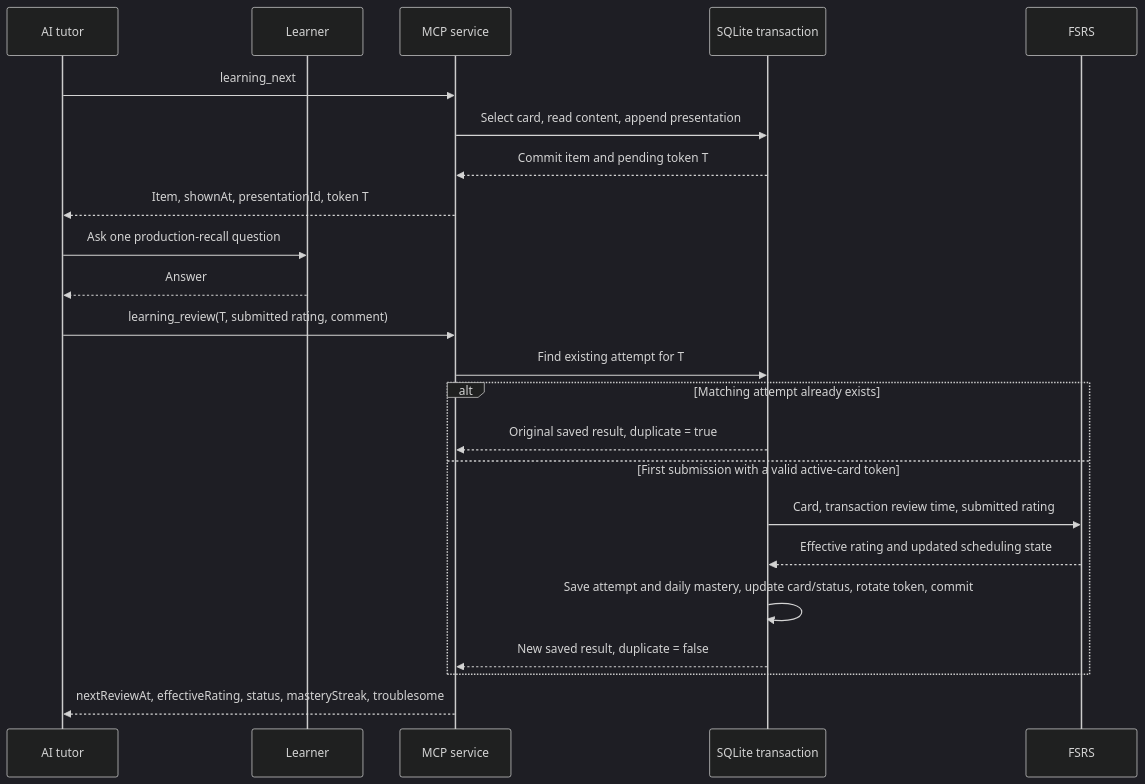
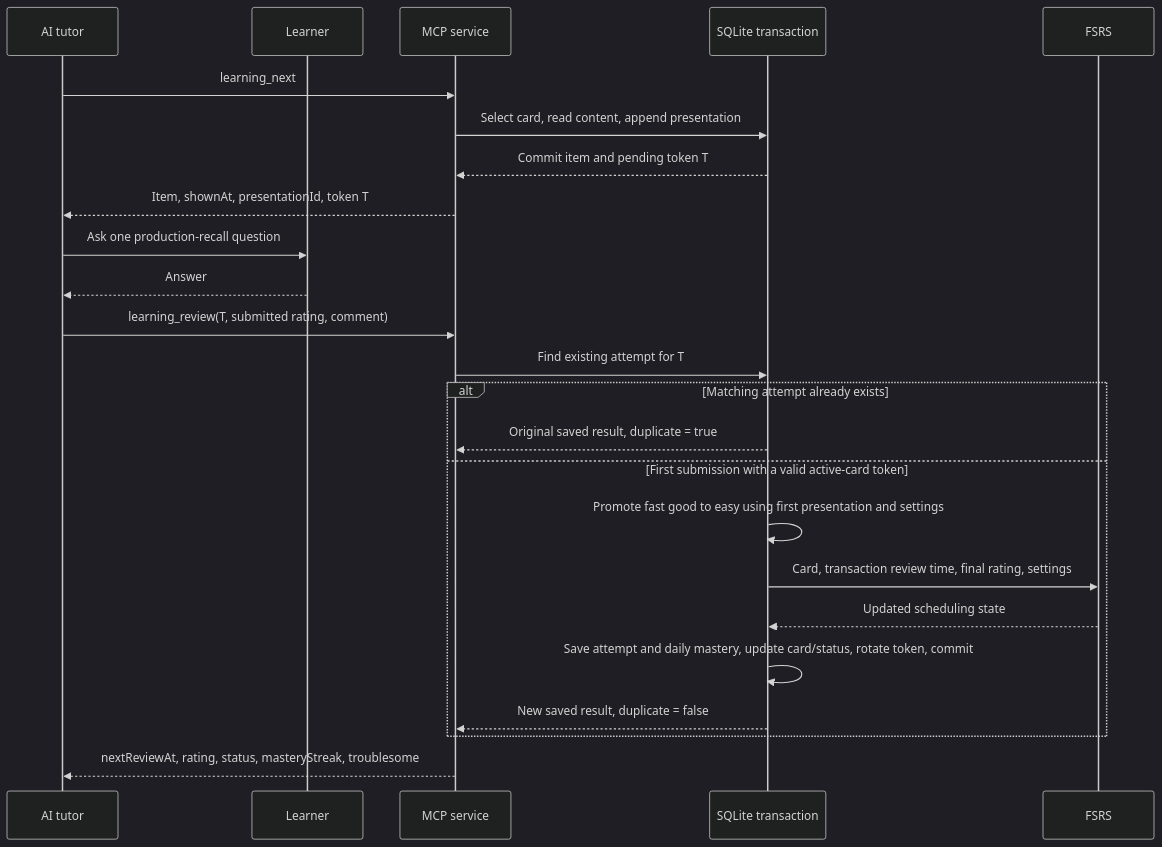
One commit to cjvnjde/chatgpt-english-mcp changed the fourth of 6 diagrams in docs/how-it-works.md. Above: the diagram before and after it, drawn with Mermaid (dark theme). The commit also changed other lines of this file and 45 other files, not shown here.

Commit message:
Add runtime algorithm settings and consolidate review ratings

````diff
--- a/docs/how-it-works.md
+++ b/docs/how-it-works.md
@@ -609,25 +611,26 @@
 ```mermaid
 sequenceDiagram
     participant Tutor as AI tutor
     participant Learner
     participant MCP as MCP service
     participant DB as SQLite transaction
     participant Schedule as FSRS
     Tutor->>MCP: learning_next
     MCP->>DB: Select card, read content, append presentation
     DB-->>MCP: Commit item and pending token T
     MCP-->>Tutor: Item, shownAt, presentationId, token T
     Tutor->>Learner: Ask one production-recall question
     Learner-->>Tutor: Answer
     Tutor->>MCP: learning_review(T, submitted rating, comment)
     MCP->>DB: Find existing attempt for T
     alt Matching attempt already exists
         DB-->>MCP: Original saved result, duplicate = true
     else First submission with a valid active-card token
-        DB->>Schedule: Card, transaction review time, submitted rating
-        Schedule-->>DB: Effective rating and updated scheduling state
+        DB->>DB: Promote fast good to easy using first presentation and settings
+        DB->>Schedule: Card, transaction review time, final rating, settings
+        Schedule-->>DB: Updated scheduling state
         DB->>DB: Save attempt and daily mastery, update card/status, rotate token, commit
         DB-->>MCP: New saved result, duplicate = false
     end
-    MCP-->>Tutor: nextReviewAt, effectiveRating, status, masteryStreak, troublesome
+    MCP-->>Tutor: nextReviewAt, rating, status, masteryStreak, troublesome
 ```
````
